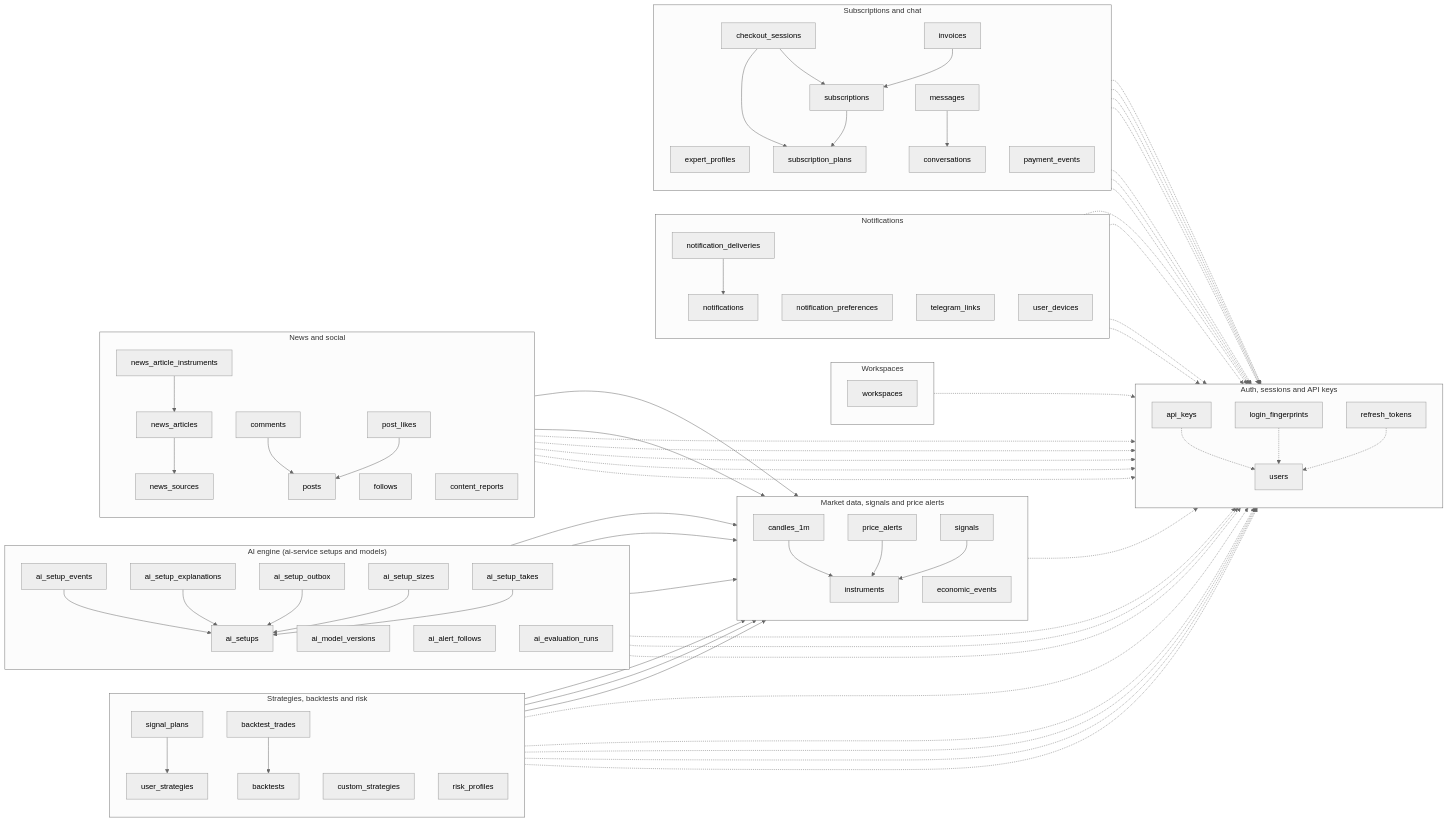
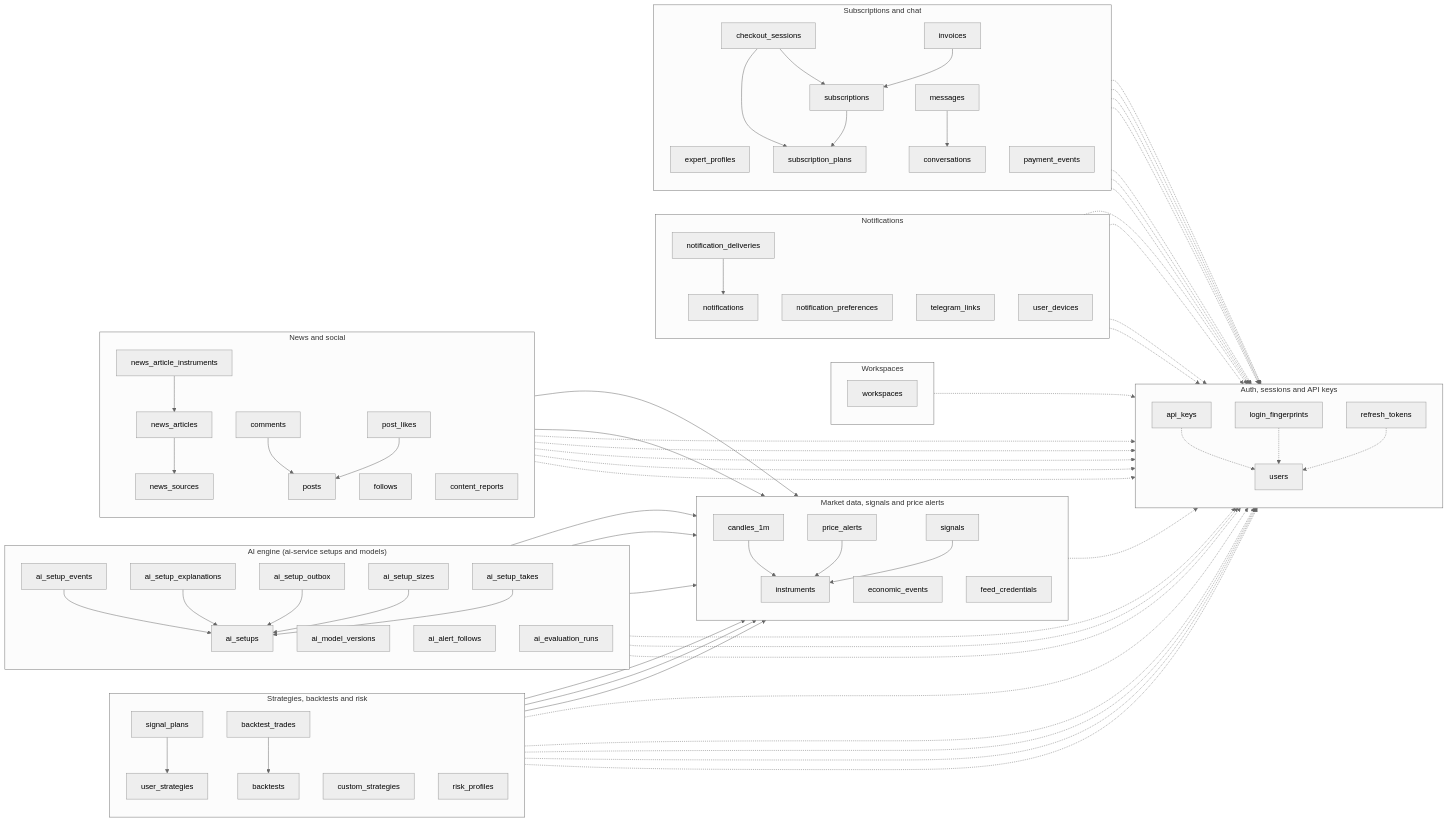
One commit to yazan-alsamman/ai-trading-analysis-system changed the diagram in docs/erd/mmd/overview.mmd. Above: the diagram before and after it, drawn with Mermaid (neutral theme). The commit also changed 9 other files, not shown here.

```diff
--- a/docs/erd/mmd/overview.mmd
+++ b/docs/erd/mmd/overview.mmd
@@ -1,128 +1,129 @@
 flowchart LR
     subgraph domain_auth["Auth, sessions and API keys"]
         direction TB
         users[users]
         refresh_tokens[refresh_tokens]
         api_keys[api_keys]
         login_fingerprints[login_fingerprints]
     end
     subgraph domain_market["Market data, signals and price alerts"]
         direction TB
         instruments[instruments]
         candles_1m[candles_1m]
         signals[signals]
         price_alerts[price_alerts]
         economic_events[economic_events]
+        feed_credentials[feed_credentials]
     end
     subgraph domain_strategies["Strategies, backtests and risk"]
         direction TB
         user_strategies[user_strategies]
         custom_strategies[custom_strategies]
         backtests[backtests]
         backtest_trades[backtest_trades]
         risk_profiles[risk_profiles]
         signal_plans[signal_plans]
     end
     subgraph domain_ai["AI engine (ai-service setups and models)"]
         direction TB
         ai_setups[ai_setups]
         ai_setup_events[ai_setup_events]
         ai_model_versions[ai_model_versions]
         ai_setup_sizes[ai_setup_sizes]
         ai_setup_takes[ai_setup_takes]
         ai_setup_explanations[ai_setup_explanations]
         ai_setup_outbox[ai_setup_outbox]
         ai_alert_follows[ai_alert_follows]
         ai_evaluation_runs[ai_evaluation_runs]
     end
     subgraph domain_workspaces["Workspaces"]
         direction TB
         workspaces[workspaces]
     end
     subgraph domain_notifications["Notifications"]
         direction TB
         notifications[notifications]
         notification_deliveries[notification_deliveries]
         notification_preferences[notification_preferences]
         telegram_links[telegram_links]
         user_devices[user_devices]
     end
     subgraph domain_social["News and social"]
         direction TB
         news_sources[news_sources]
         news_articles[news_articles]
         news_article_instruments[news_article_instruments]
         posts[posts]
         comments[comments]
         post_likes[post_likes]
         follows[follows]
         content_reports[content_reports]
     end
     subgraph domain_subscriptions["Subscriptions and chat"]
         direction TB
         expert_profiles[expert_profiles]
         subscription_plans[subscription_plans]
         subscriptions[subscriptions]
         invoices[invoices]
         checkout_sessions[checkout_sessions]
         payment_events[payment_events]
         conversations[conversations]
         messages[messages]
     end
     ai_alert_follows --> instruments
     ai_alert_follows -.-> users
     ai_evaluation_runs --> instruments
     ai_setup_events --> ai_setups
     ai_setup_explanations --> ai_setups
     ai_setup_outbox --> ai_setups
     ai_setup_sizes --> ai_setups
     ai_setup_sizes -.-> users
     ai_setup_takes --> ai_setups
     ai_setup_takes -.-> users
     ai_setups --> instruments
     api_keys -.-> users
     backtest_trades --> backtests
     backtests --> instruments
     backtests -.-> users
     candles_1m --> instruments
     checkout_sessions --> subscription_plans
     checkout_sessions --> subscriptions
     checkout_sessions -.-> users
     comments --> posts
     comments -.-> users
     content_reports -.-> users
     conversations -.-> users
     custom_strategies -.-> users
     expert_profiles -.-> users
     follows -.-> users
     invoices --> subscriptions
     invoices -.-> users
     login_fingerprints -.-> users
     messages --> conversations
     messages -.-> users
     news_article_instruments --> instruments
     news_article_instruments --> news_articles
     news_articles --> news_sources
     notification_deliveries --> notifications
     notification_preferences -.-> users
     notifications -.-> users
     post_likes --> posts
     post_likes -.-> users
     posts --> instruments
     posts -.-> users
     price_alerts --> instruments
     price_alerts -.-> users
     refresh_tokens -.-> users
     risk_profiles -.-> users
     signal_plans --> signals
     signal_plans --> user_strategies
     signal_plans -.-> users
     signals --> instruments
     subscription_plans -.-> users
     subscriptions --> subscription_plans
     subscriptions -.-> users
     telegram_links -.-> users
     user_devices -.-> users
     user_strategies --> instruments
     user_strategies -.-> users
     workspaces -.-> users
```
